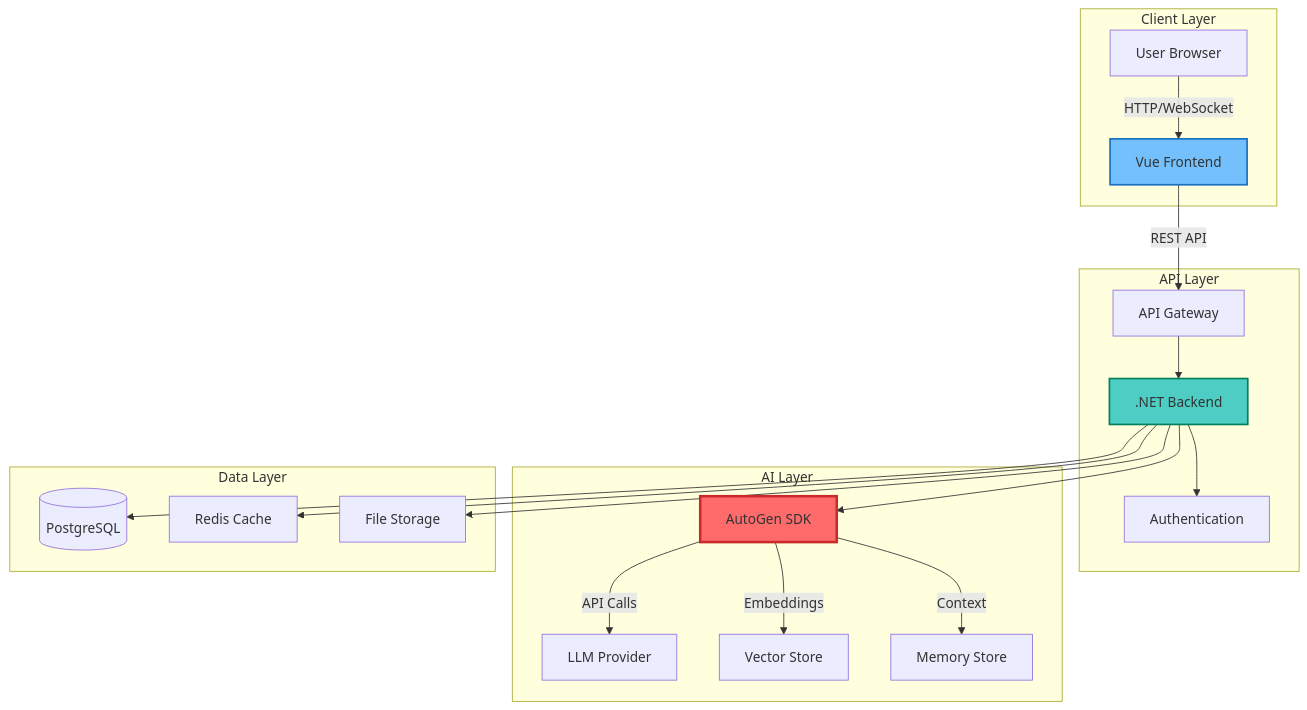
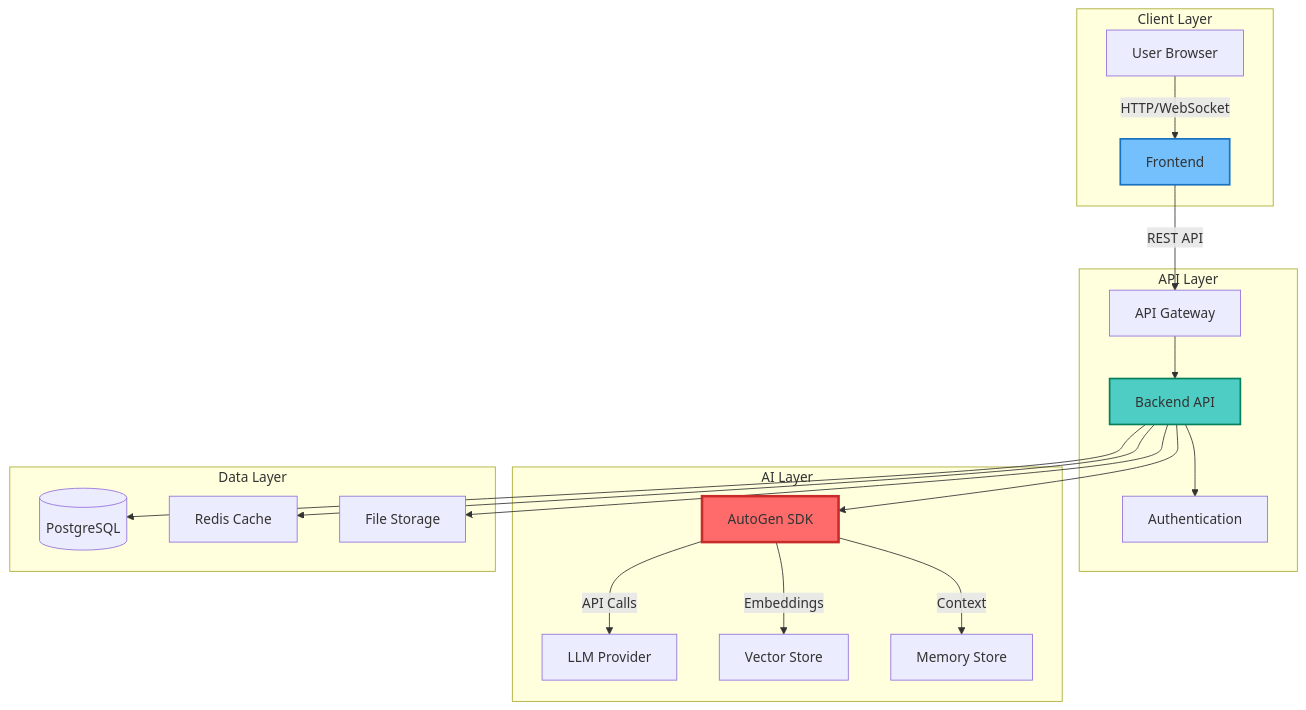
Before and after one commit to mk-knight23/AI-SDK-AUTOGEN: the diagram in README.md, drawn with Mermaid. The commit also changed other lines of this file, not shown here.

````diff
--- a/README.md
+++ b/README.md
@@ -332,42 +320,42 @@
 ```mermaid
 graph TB
     subgraph "Client Layer"
         A[User Browser]
-        B[Vue Frontend]
+        B[Frontend]
     end
 
     subgraph "API Layer"
         C[API Gateway]
-        D[.NET Backend]
+        D[Backend API]
         E[Authentication]
     end
 
     subgraph "AI Layer"
         F[AutoGen SDK]
         G[LLM Provider]
         H[Vector Store]
         I[Memory Store]
     end
 
     subgraph "Data Layer"
         J[(PostgreSQL)]
         K[Redis Cache]
         L[File Storage]
     end
 
     A -->|HTTP/WebSocket| B
     B -->|REST API| C
     C --> D
     D --> E
     D --> F
     F -->|API Calls| G
     F -->|Embeddings| H
     F -->|Context| I
     D --> J
     D --> K
     D --> L
 
     style F fill:#ff6b6b,stroke:#c92a2a,stroke-width:3px
     style D fill:#4ecdc4,stroke:#087f5b,stroke-width:2px
     style B fill:#74c0fc,stroke:#1971c2,stroke-width:2px
 ```
````
